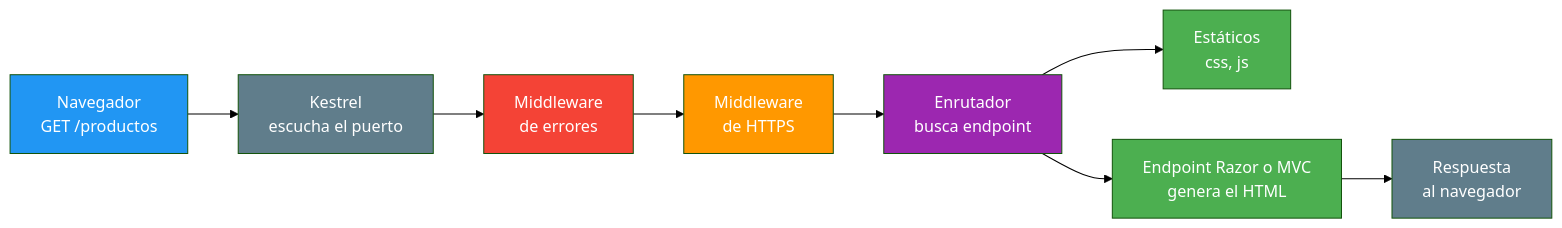
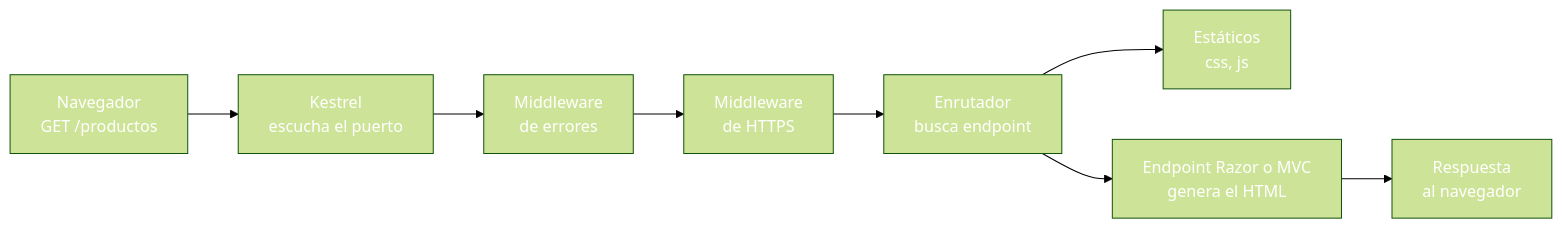
One commit to joseluisgs/DesarrolloWebEntornosServidor-03-2026-2027 changed the second of 7 diagrams in 01-razor-fundamentos.md. Above: the diagram before and after it, drawn with Mermaid (forest theme). The commit also changed other lines of this file and 30 other files, not shown here.

````diff
--- a/01-razor-fundamentos.md
+++ b/01-razor-fundamentos.md
@@ -145,18 +145,18 @@
 ```mermaid
 graph LR
     A["Navegador<br/>GET /productos"] --> B["Kestrel<br/>escucha el puerto"]
     B --> C["Middleware<br/>de errores"]
     C --> D["Middleware<br/>de HTTPS"]
     D --> E["Enrutador<br/>busca endpoint"]
     E --> F["Estáticos<br/>css, js"]
     E --> G["Endpoint Razor o MVC<br/>genera el HTML"]
     G --> H["Respuesta<br/>al navegador"]
-    style A fill:#2196F3,color:#fff
-    style B fill:#607D8B,color:#fff
-    style C fill:#f44336,color:#fff
-    style D fill:#FF9800,color:#fff
-    style E fill:#9C27B0,color:#fff
-    style F fill:#4CAF50,color:#fff
-    style G fill:#4CAF50,color:#fff
-    style H fill:#607D8B,color:#fff
+    style A fill:#2196F,color:#fff3,color:#fff
+    style B fill:#607D8,color:#fffB,color:#fff
+    style C fill:#f4433,color:#fff6,color:#fff
+    style D fill:#FF980,color:#fff0,color:#fff
+    style E fill:#9C27B,color:#fff0,color:#fff
+    style F fill:#4CAF5,color:#fff0,color:#fff
+    style G fill:#4CAF5,color:#fff0,color:#fff
+    style H fill:#607D8,color:#fffB,color:#fff
 ```
````
